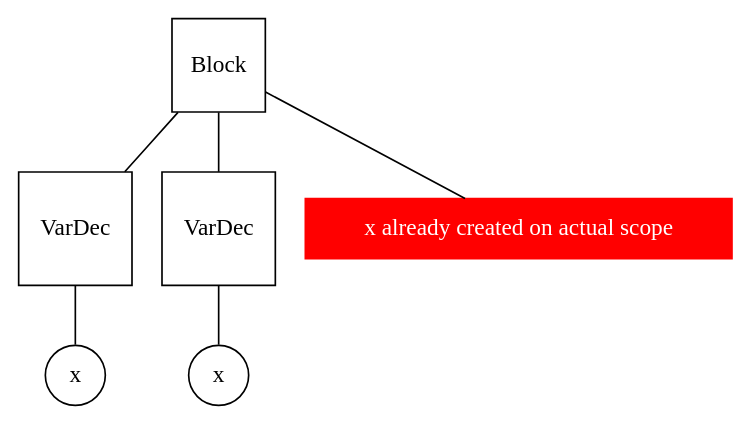
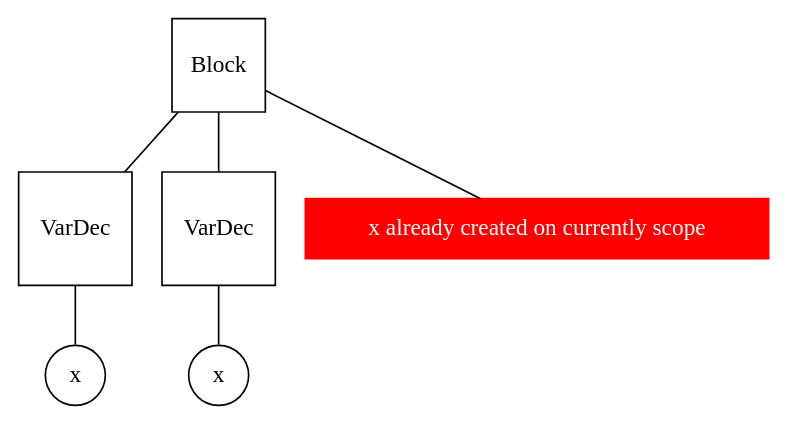
Before and after one commit to cemmanuelsr/compiler: the diagram in graphs/dot/test_32.dot, drawn with Graphviz. The commit also changed 5 other files, not shown here.

```diff
--- a/graphs/dot/test_32.dot
+++ b/graphs/dot/test_32.dot
@@ -1,14 +1,14 @@
 graph g {
 n0 [label = "Block", shape="square"]
 n1 [label = "VarDec", shape="square"]
 n2 [label = "x", shape="circle"]
 n3 [label = "VarDec", shape="square"]
 n4 [label = "x", shape="circle"]
-error [label = "x already created on actual scope", color="red", style="filled", shape="box", fontcolor="white"]
+error [label = "x already created on currently scope", color="red", style="filled", shape="box", fontcolor="white"]
 
 "n1" -- "n2"
 "n0" -- "n1"
 "n3" -- "n4"
 "n0" -- "n3"
 "n0" -- "error"
 }
```
